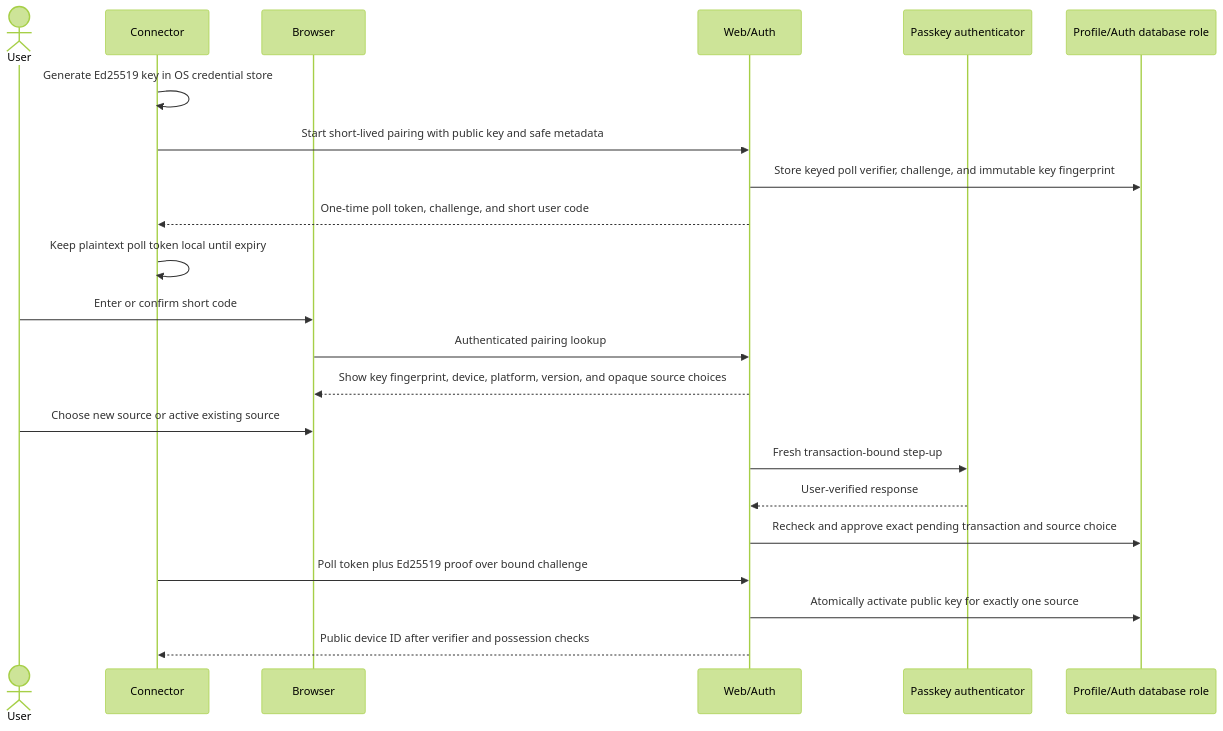
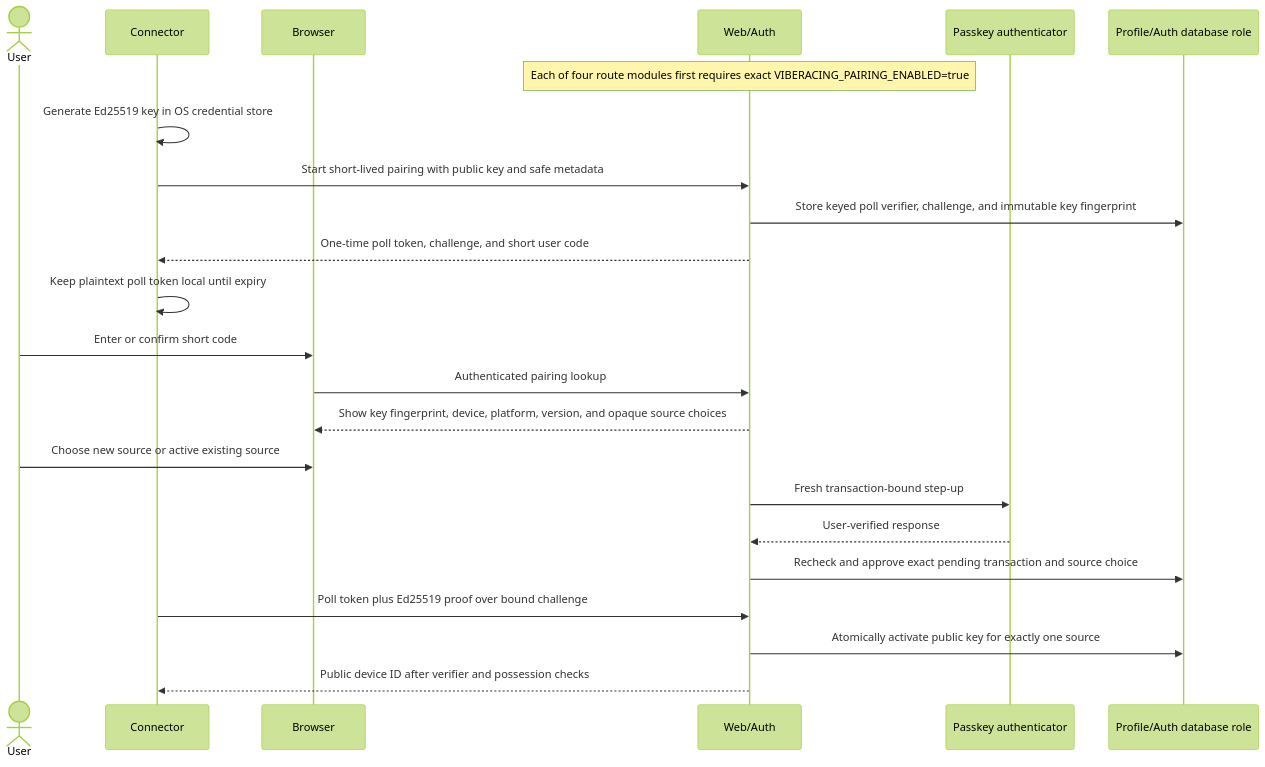
The fourth of 10 diagrams in docs/architecture/DATA_FLOW.md (Tah10n/viberacing), drawn with Mermaid (forest theme) before and after one commit. The commit also changed other lines of this file and 33 other files, not shown here.

````diff
--- a/docs/architecture/DATA_FLOW.md
+++ b/docs/architecture/DATA_FLOW.md
@@ -262,25 +265,26 @@
 ```mermaid
 sequenceDiagram
   actor User
   participant Connector
   participant Browser
   participant Web as Web/Auth
   participant Authenticator as Passkey authenticator
   participant DB as Profile/Auth database role
 
+  Note over Web: Each of four route modules first requires exact VIBERACING_PAIRING_ENABLED=true
   Connector->>Connector: Generate Ed25519 key in OS credential store
   Connector->>Web: Start short-lived pairing with public key and safe metadata
   Web->>DB: Store keyed poll verifier, challenge, and immutable key fingerprint
   Web-->>Connector: One-time poll token, challenge, and short user code
   Connector->>Connector: Keep plaintext poll token local until expiry
   User->>Browser: Enter or confirm short code
   Browser->>Web: Authenticated pairing lookup
   Web-->>Browser: Show key fingerprint, device, platform, version, and opaque source choices
   User->>Browser: Choose new source or active existing source
   Web->>Authenticator: Fresh transaction-bound step-up
   Authenticator-->>Web: User-verified response
   Web->>DB: Recheck and approve exact pending transaction and source choice
   Connector->>Web: Poll token plus Ed25519 proof over bound challenge
   Web->>DB: Atomically activate public key for exactly one source
   Web-->>Connector: Public device ID after verifier and possession checks
 ```
````
